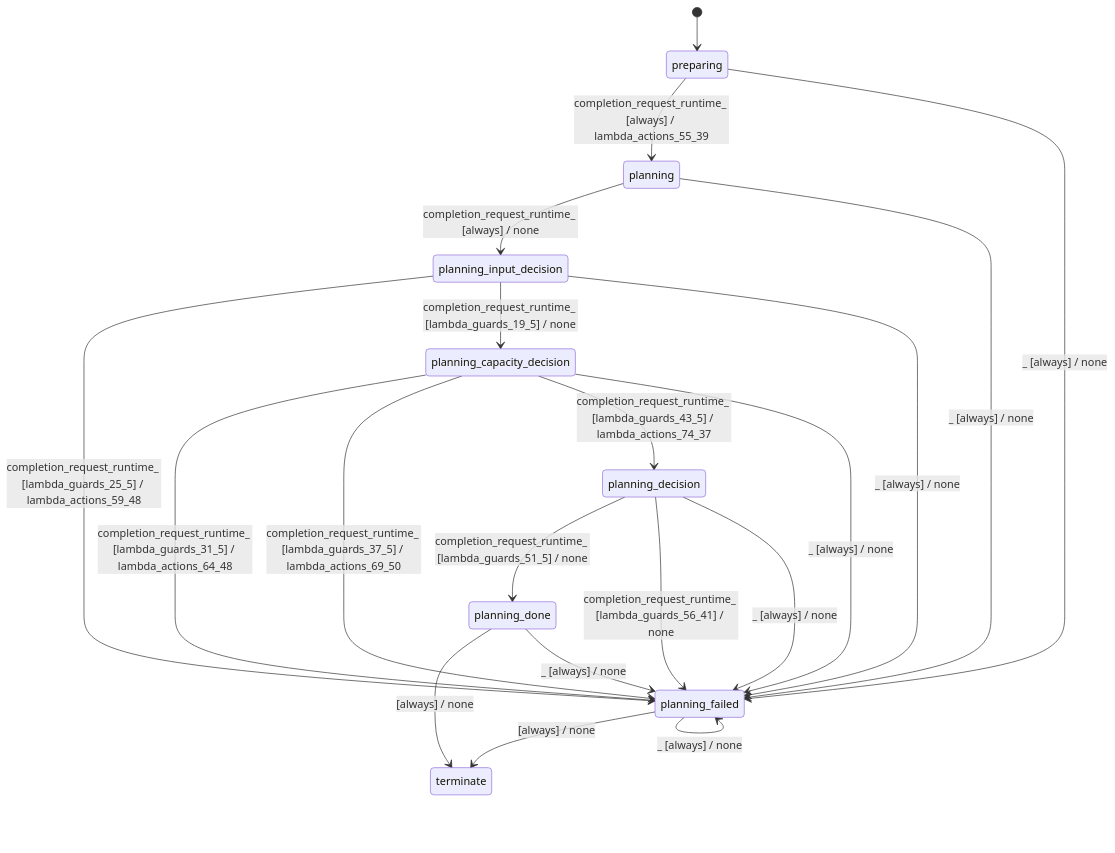
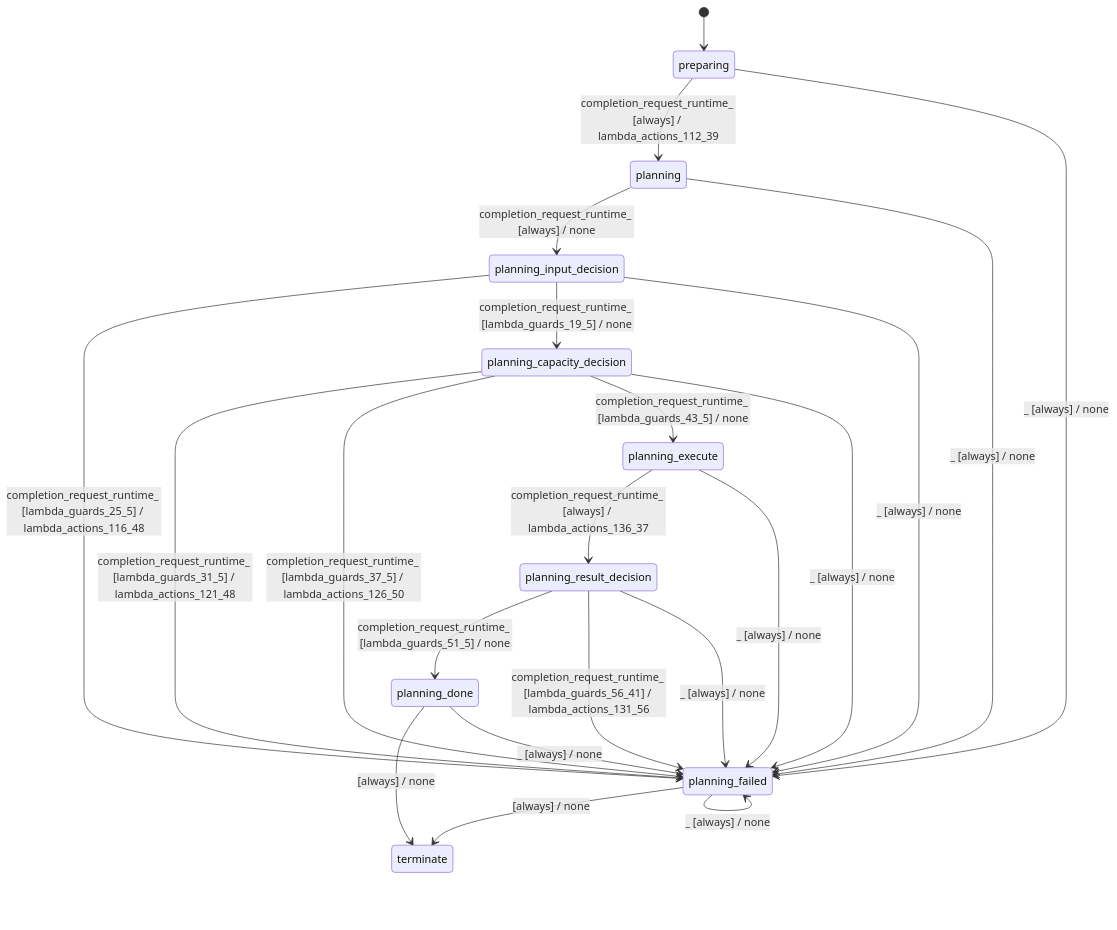
The diagram in docs/architecture/batch_planner_modes_sequential.md (stateforward/emel.cpp), drawn with Mermaid before and after one commit. The commit also changed other lines of this file and 23 other files, not shown here.

````diff
--- a/docs/architecture/batch_planner_modes_sequential.md
+++ b/docs/architecture/batch_planner_modes_sequential.md
@@ -7,23 +7,25 @@
 ```mermaid
 stateDiagram-v2
   direction TB
   [*] --> preparing
-  preparing --> planning : completion_request_runtime_ [always] / lambda_actions_55_39
+  preparing --> planning : completion_request_runtime_ [always] / lambda_actions_112_39
   planning --> planning_input_decision : completion_request_runtime_ [always] / none
-  planning_input_decision --> planning_failed : completion_request_runtime_ [lambda_guards_25_5] / lambda_actions_59_48
+  planning_input_decision --> planning_failed : completion_request_runtime_ [lambda_guards_25_5] / lambda_actions_116_48
   planning_input_decision --> planning_capacity_decision : completion_request_runtime_ [lambda_guards_19_5] / none
-  planning_capacity_decision --> planning_failed : completion_request_runtime_ [lambda_guards_31_5] / lambda_actions_64_48
-  planning_capacity_decision --> planning_failed : completion_request_runtime_ [lambda_guards_37_5] / lambda_actions_69_50
-  planning_capacity_decision --> planning_decision : completion_request_runtime_ [lambda_guards_43_5] / lambda_actions_74_37
-  planning_decision --> planning_done : completion_request_runtime_ [lambda_guards_51_5] / none
-  planning_decision --> planning_failed : completion_request_runtime_ [lambda_guards_56_41] / none
+  planning_capacity_decision --> planning_failed : completion_request_runtime_ [lambda_guards_31_5] / lambda_actions_121_48
+  planning_capacity_decision --> planning_failed : completion_request_runtime_ [lambda_guards_37_5] / lambda_actions_126_50
+  planning_capacity_decision --> planning_execute : completion_request_runtime_ [lambda_guards_43_5] / none
+  planning_execute --> planning_result_decision : completion_request_runtime_ [always] / lambda_actions_136_37
+  planning_result_decision --> planning_done : completion_request_runtime_ [lambda_guards_51_5] / none
+  planning_result_decision --> planning_failed : completion_request_runtime_ [lambda_guards_56_41] / lambda_actions_131_56
   planning_done --> terminate : [always] / none
   planning_failed --> terminate : [always] / none
   planning_done --> planning_failed : _ [always] / none
   planning_failed --> planning_failed : _ [always] / none
   preparing --> planning_failed : _ [always] / none
   planning --> planning_failed : _ [always] / none
   planning_input_decision --> planning_failed : _ [always] / none
   planning_capacity_decision --> planning_failed : _ [always] / none
-  planning_decision --> planning_failed : _ [always] / none
+  planning_execute --> planning_failed : _ [always] / none
+  planning_result_decision --> planning_failed : _ [always] / none
 ```
````
